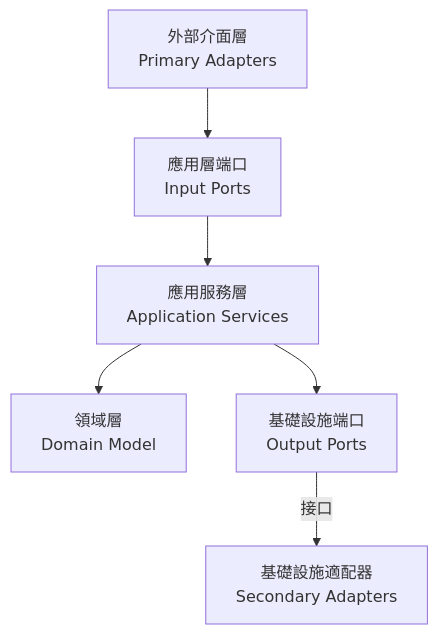
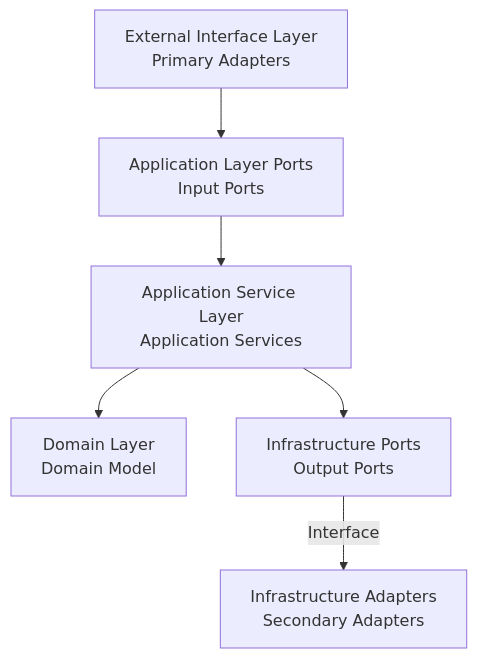
One commit to humank/genai-demo changed the diagram in docs/architecture/hexagonal-architecture.md. Above: the diagram before and after it, drawn with Mermaid. The commit also changed other lines of this file and 453 other files, not shown here.

First line of the commit message:
feat: Complete translation of key architecture and API documentation

````diff
--- a/docs/architecture/hexagonal-architecture.md
+++ b/docs/architecture/hexagonal-architecture.md
@@ -170,8 +170,8 @@
 ```mermaid
 graph TD
-    A[外部介面層<br/>Primary Adapters] --> B[應用層端口<br/>Input Ports]
-    B --> C[應用服務層<br/>Application Services]
-    C --> D[領域層<br/>Domain Model]
-    C --> E[基礎設施端口<br/>Output Ports]
-    E -- 接口 --> F[基礎設施適配器<br/>Secondary Adapters]
+    A[External Interface Layer<br/>Primary Adapters] --> B[Application Layer Ports<br/>Input Ports]
+    B --> C[Application Service Layer<br/>Application Services]
+    C --> D[Domain Layer<br/>Domain Model]
+    C --> E[Infrastructure Ports<br/>Output Ports]
+    E -- Interface --> F[Infrastructure Adapters<br/>Secondary Adapters]
 ```
````
